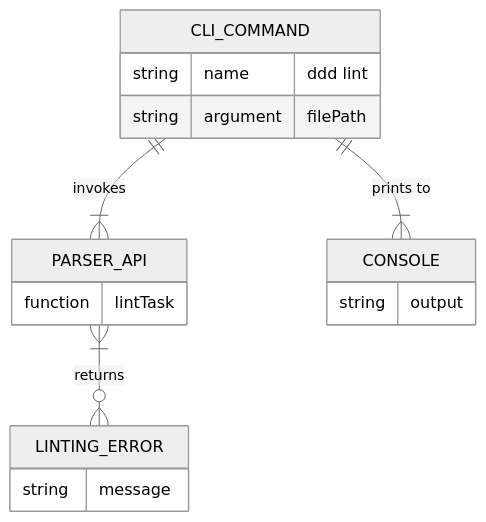
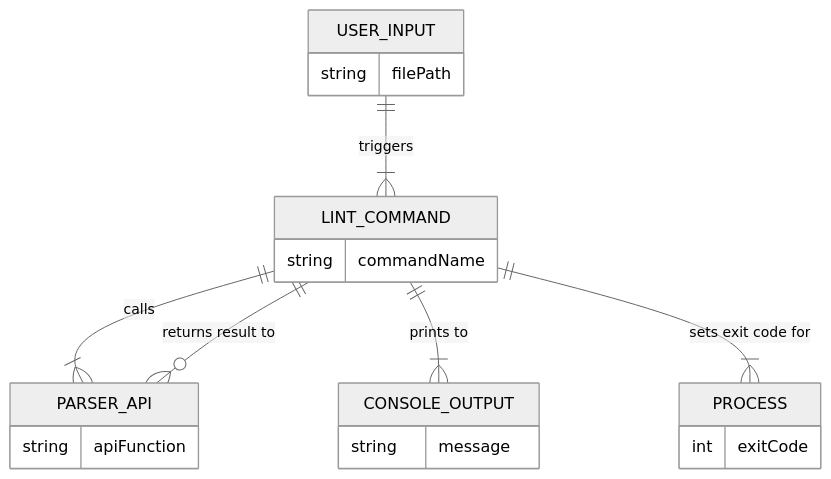
Before and after one commit to livelifelively/documentation-driven-development-tools: the first of 4 diagrams in docs/requirements/p1-p5.t20-cli-lint-command.task.md, drawn with Mermaid (neutral theme). The commit also changed other lines of this file and 1 other file, not shown here.

````diff
--- a/docs/requirements/p1-p5.t20-cli-lint-command.task.md
+++ b/docs/requirements/p1-p5.t20-cli-lint-command.task.md
@@ -65,20 +64,24 @@
 ```mermaid
 erDiagram
-    CLI_COMMAND {
-        string name "ddd lint"
-        string argument "filePath"
+    USER_INPUT {
+        string filePath
+    }
+    LINT_COMMAND {
+        string commandName
     }
     PARSER_API {
-        function lintTask
+        string apiFunction
     }
-    LINTING_ERROR {
+    CONSOLE_OUTPUT {
         string message
     }
-    CONSOLE {
-        string output
+    PROCESS {
+        int exitCode
     }
 
-    CLI_COMMAND ||--|{ PARSER_API : "invokes"
-    PARSER_API }|--o{ LINTING_ERROR : "returns"
-    CLI_COMMAND ||--|{ CONSOLE : "prints to"
+    USER_INPUT ||--|{ LINT_COMMAND : "triggers"
+    LINT_COMMAND ||--|{ PARSER_API : "calls"
+    PARSER_API }o--|| LINT_COMMAND : "returns result to"
+    LINT_COMMAND ||--|{ CONSOLE_OUTPUT : "prints to"
+    LINT_COMMAND ||--|{ PROCESS : "sets exit code for"
 ```
````
